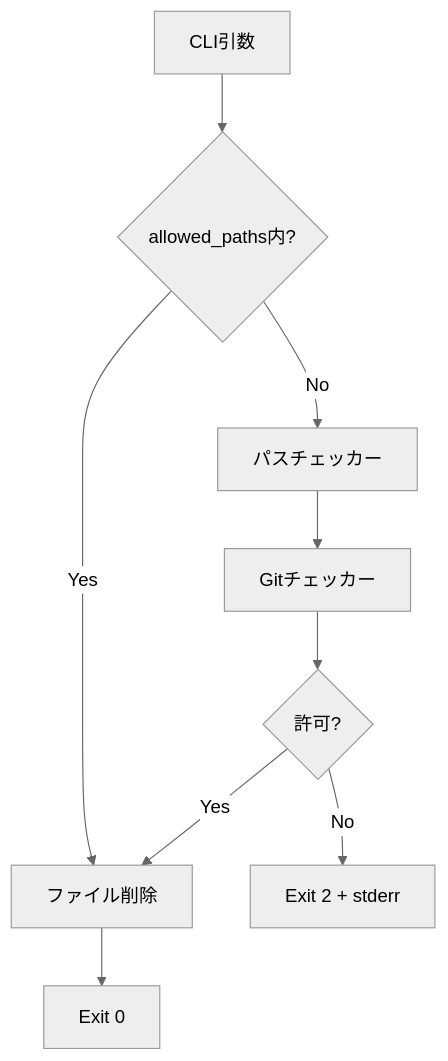
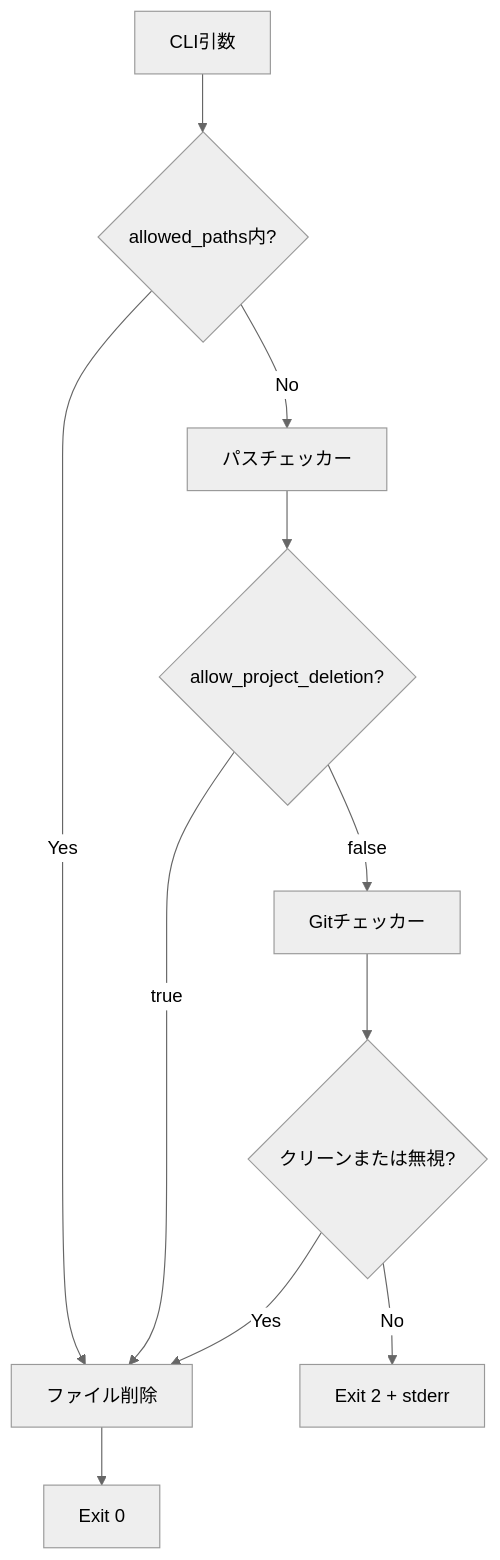
One commit to owayo/safe-rm changed the first of 3 diagrams in README.ja.md. Above: the diagram before and after it, drawn with Mermaid (neutral theme). The commit also changed other lines of this file and 4 other files, not shown here.

Commit message:
feat: allow_project_deletionオプションと関連ドキュメントを追加

````diff
--- a/README.ja.md
+++ b/README.ja.md
@@ -153,11 +161,13 @@
 ```mermaid
 flowchart TB
     CLI[CLI引数] --> ConfigCheck{allowed_paths内?}
     ConfigCheck -->|Yes| Delete[ファイル削除]
     ConfigCheck -->|No| PathCheck[パスチェッカー]
-    PathCheck --> GitCheck[Gitチェッカー]
-    GitCheck --> Result{許可?}
+    PathCheck --> ProjectCheck{allow_project_deletion?}
+    ProjectCheck -->|true| Delete
+    ProjectCheck -->|false| GitCheck[Gitチェッカー]
+    GitCheck --> Result{クリーンまたは無視?}
     Result -->|Yes| Delete
     Result -->|No| Exit2[Exit 2 + stderr]
     Delete --> Exit0[Exit 0]
 ```
````
